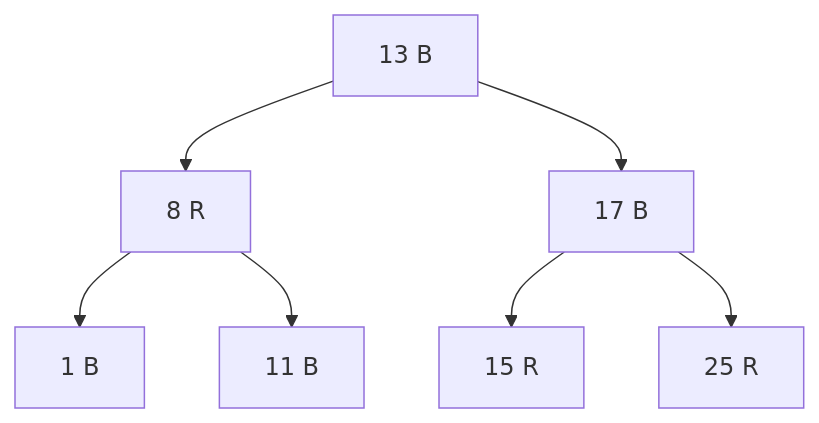
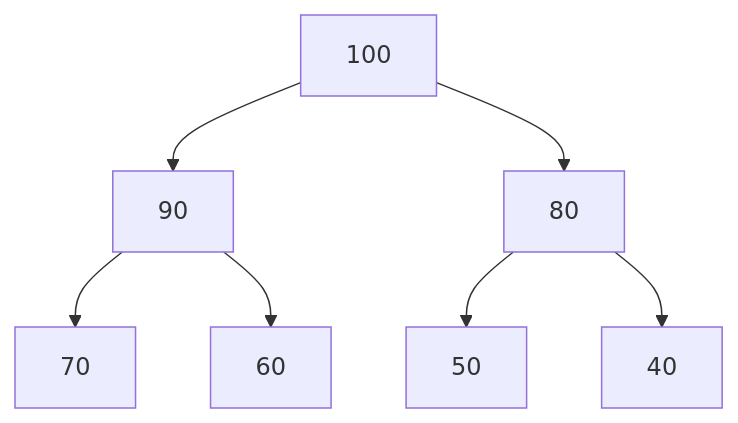
Before and after one commit to Vladislav-Chistyakov/CS-in-Frontend: the third of 6 diagrams in 17/LECTURE.md, drawn with Mermaid. The commit also changed other lines of this file and 13 other files, not shown here.

````diff
--- a/17/LECTURE.md
+++ b/17/LECTURE.md
@@ -111,9 +76,9 @@
 ```mermaid
 graph TD
-13[13 B] --> 8[8 R]
-13 --> 17[17 B]
-8 --> 1[1 B]
-8 --> 11[11 B]
-17 --> 15[15 R]
-17 --> 25[25 R]
+100[100] --> 90[90]
+100 --> 80[80]
+90 --> 70[70]
+90 --> 60[60]
+80 --> 50[50]
+80 --> 40[40]
 ```
````
